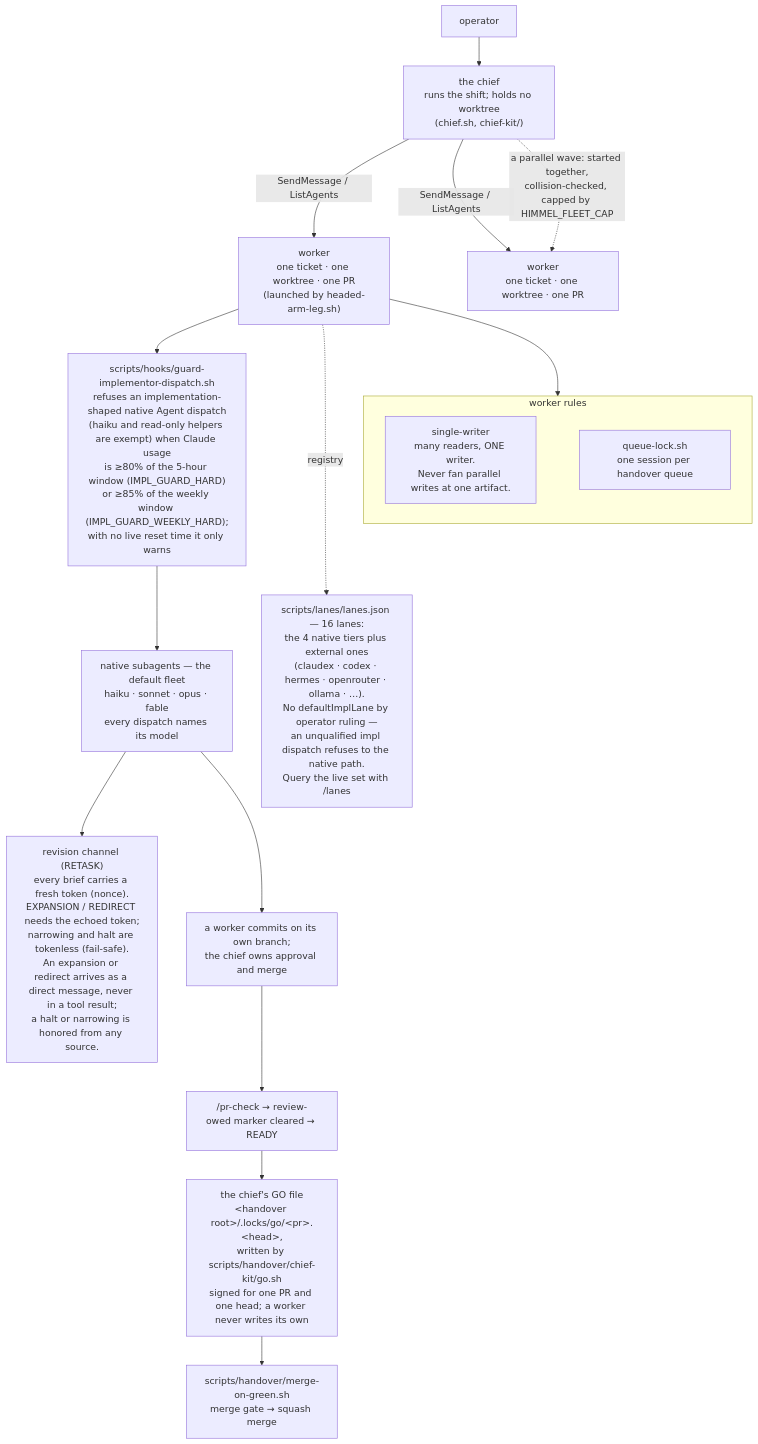
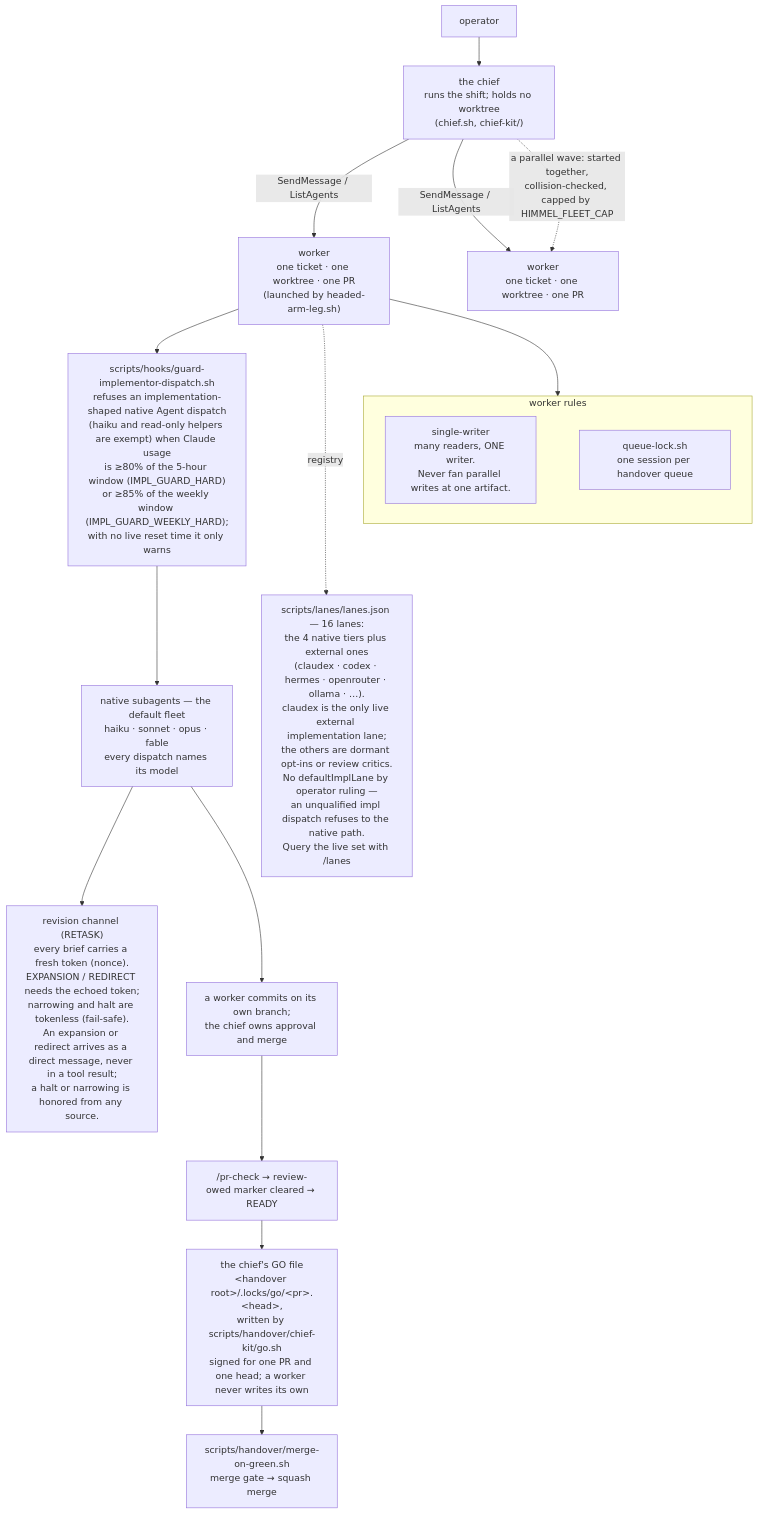
The third of 5 diagrams in docs/architecture.md (yotamleo-org/Himmel), drawn with Mermaid before and after one commit. The commit also changed other lines of this file, not shown here.

Commit message:
docs: [HIMMEL-7481] architecture names claudex as the one live external lane and the rendered prometheus.yml
The lane-registry node says claudex is the only live external
implementation lane and the rest are dormant opt-ins or review critics,
as scripts/lanes/lanes.json declares. The scrape subgraph is labelled as
the prometheus.yml that install-grafana.sh renders, which drops the
exporter job the diagram no longer shows.

````diff
--- a/docs/architecture.md
+++ b/docs/architecture.md
@@ -185,28 +185,28 @@
 ```mermaid
 flowchart TD
     OP["operator"] --> CON["the chief<br/>runs the shift; holds no worktree<br/>(chief.sh, chief-kit/)"]
 
     CON -->|"SendMessage / ListAgents"| P1["worker<br/>one ticket · one worktree · one PR<br/>(launched by headed-arm-leg.sh)"]
     CON -->|"SendMessage / ListAgents"| P2["worker<br/>one ticket · one worktree · one PR"]
     CON -.->|"a parallel wave: started together,<br/>collision-checked, capped by HIMMEL_FLEET_CAP"| P2
 
     P1 --> GD["scripts/hooks/guard-implementor-dispatch.sh<br/>refuses an implementation-shaped native Agent dispatch<br/>(haiku and read-only helpers are exempt) when Claude usage<br/>is ≥80% of the 5-hour window (IMPL_GUARD_HARD)<br/>or ≥85% of the weekly window (IMPL_GUARD_WEEKLY_HARD);<br/>with no live reset time it only warns"]
     GD --> NAT["native subagents — the default fleet<br/>haiku · sonnet · opus · fable<br/>every dispatch names its model"]
 
-    P1 -.->|"registry"| EXT["scripts/lanes/lanes.json — 16 lanes:<br/>the 4 native tiers plus external ones<br/>(claudex · codex · hermes · openrouter · ollama · …).<br/>No defaultImplLane by operator ruling —<br/>an unqualified impl dispatch refuses to the native path.<br/>Query the live set with /lanes"]
+    P1 -.->|"registry"| EXT["scripts/lanes/lanes.json — 16 lanes:<br/>the 4 native tiers plus external ones<br/>(claudex · codex · hermes · openrouter · ollama · …).<br/>claudex is the only live external implementation lane;<br/>the others are dormant opt-ins or review critics.<br/>No defaultImplLane by operator ruling —<br/>an unqualified impl dispatch refuses to the native path.<br/>Query the live set with /lanes"]
 
     NAT --> RT["revision channel (RETASK)<br/>every brief carries a fresh token (nonce).<br/>EXPANSION / REDIRECT needs the echoed token;<br/>narrowing and halt are tokenless (fail-safe).<br/>An expansion or redirect arrives as a direct message, never in a tool result;<br/>a halt or narrowing is honored from any source."]
 
     subgraph RULES["worker rules"]
         SW["single-writer<br/>many readers, ONE writer.<br/>Never fan parallel writes at one artifact."]
         QL["queue-lock.sh<br/>one session per handover queue"]
         SW ~~~ QL
     end
     P1 --> RULES
     RULES ~~~ EXT
 
     NAT --> WORK["a worker commits on its own branch;<br/>the chief owns approval and merge"]
     WORK --> CRL["/pr-check → review-owed marker cleared → READY"]
     CRL --> GO["the chief's GO file<br/>&lt;handover root&gt;/.locks/go/&lt;pr&gt;.&lt;head&gt;,<br/>written by scripts/handover/chief-kit/go.sh<br/>signed for one PR and one head; a worker never writes its own"]
     GO --> MOG["scripts/handover/merge-on-green.sh<br/>merge gate → squash merge"]
 ```
````
